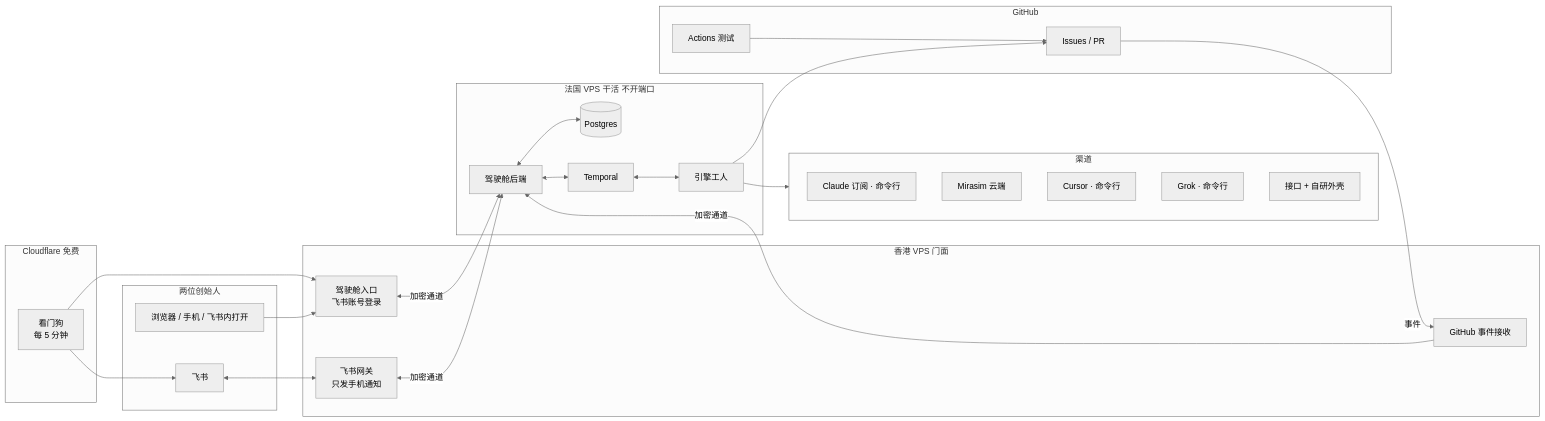
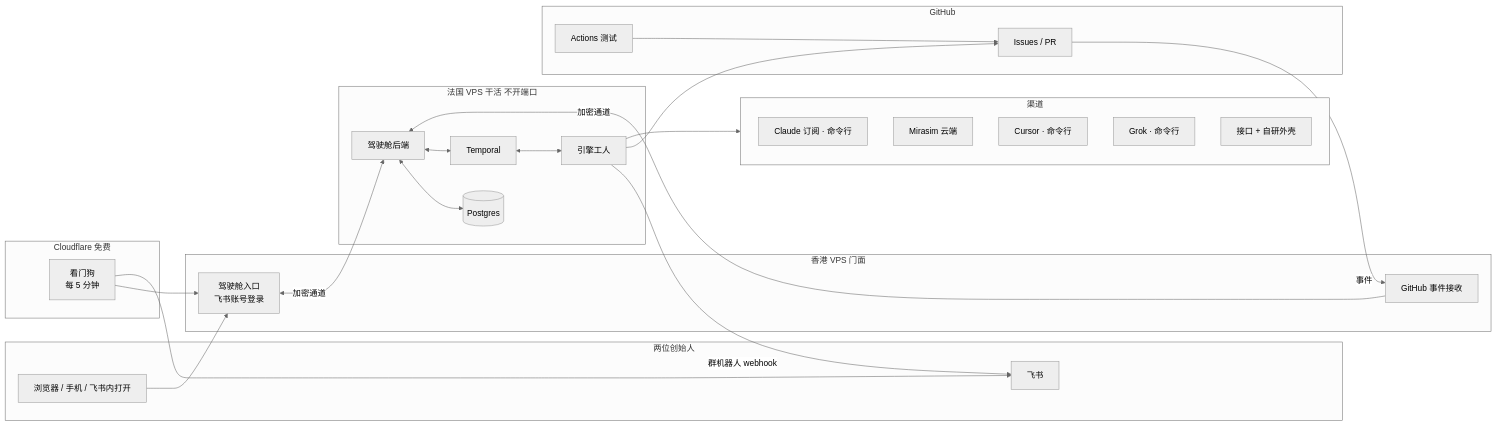
One commit to thoerwink8/fleet-dao changed the first of 2 diagrams in docs/design.md. Above: the diagram before and after it, drawn with Mermaid (neutral theme). The commit also changed other lines of this file and 81 other files, not shown here.

````diff
--- a/docs/design.md
+++ b/docs/design.md
@@ -37,46 +37,44 @@
 ```mermaid
 flowchart LR
   subgraph People[两位创始人]
     B[浏览器 / 手机 / 飞书内打开]
     F[飞书]
   end
   subgraph HK[香港 VPS 门面]
     W[驾驶舱入口<br/>飞书账号登录]
-    FG[飞书网关<br/>只发手机通知]
     H[GitHub 事件接收]
   end
   subgraph FR[法国 VPS 干活 不开端口]
     API[驾驶舱后端]
     T[Temporal]
     PG[(Postgres)]
     E[引擎工人]
   end
   subgraph GH[GitHub]
     I[Issues / PR]
     A[Actions 测试]
   end
   subgraph CF[Cloudflare 免费]
     WD[看门狗<br/>每 5 分钟]
   end
   subgraph CH[渠道]
     C1[Claude 订阅 · 命令行]
     C2[Mirasim 云端]
     C3[Cursor · 命令行]
     C4[Grok · 命令行]
     C5[接口 + 自研外壳]
   end
   B --> W
-  F <--> FG
+  E -- 群机器人 webhook --> F
   I -- 事件 --> H
   W <-- 加密通道 --> API
-  FG <-- 加密通道 --> API
   H -- 加密通道 --> API
   API <--> PG
   API <--> T
   T <--> E
   E --> CH
   E --> I
   A --> I
   WD --> W
   WD --> F
 ```
````
